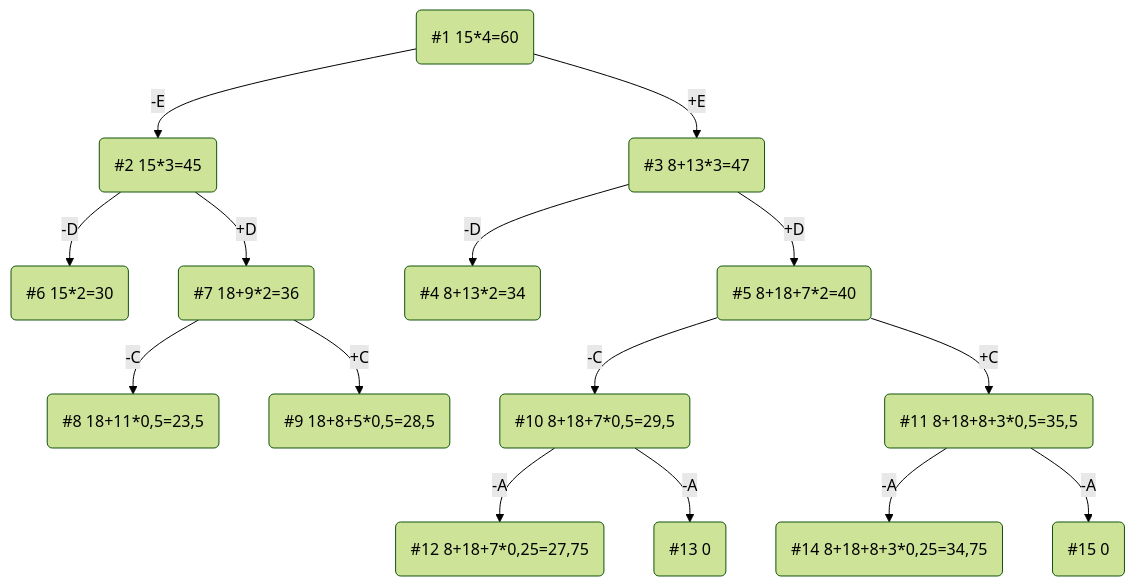
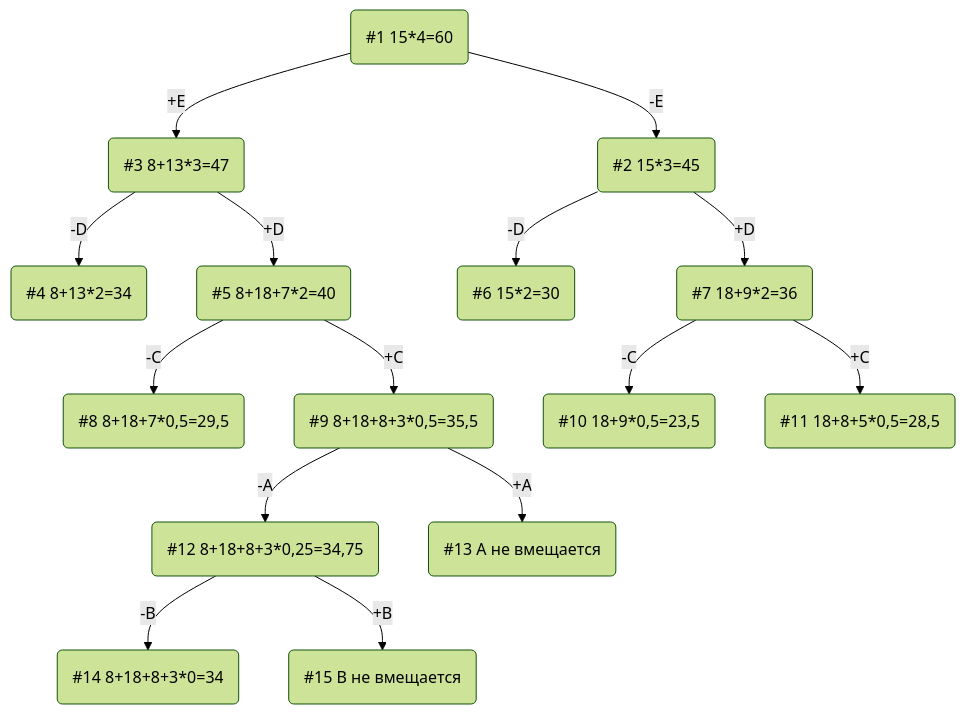
The diagram in task-11/green.md (hse-algo-24-raven/manual-tasks-raven), drawn with Mermaid (forest theme) before and after one commit.

Commit message:
green-task-11-changed

````diff
--- a/task-11/green.md
+++ b/task-11/green.md
@@ -42,17 +42,19 @@
 ```mermaid
 graph TB
     1(#1 15*4=60)-->|-E|2(#2 15*3=45)
     1-->|+E|3(#3 8+13*3=47)
     3-->|-D|4(#4 8+13*2=34)
     3-->|+D|5(#5 8+18+7*2=40)
-    5-->|-C|10(#10 8+18+7*0,5=29,5)
-    5-->|+C|11(#11 8+18+8+3*0,5=35,5)
+    5-->|-C|8(#8 8+18+7*0,5=29,5)
+    5-->|+C|9(#9 8+18+8+3*0,5=35,5)
     2-->|-D|6(#6 15*2=30)
     2-->|+D|7(#7 18+9*2=36)
-    7-->|-C|8(#8 18+11*0,5=23,5)
-    7-->|+C|9(#9 18+8+5*0,5=28,5)
-    10-->|-A|12(#12 8+18+7*0,25=27,75)
-    10-->|-A|13(#13 0)
-    11-->|-A|14(#14 8+18+8+3*0,25=34,75)
-    11-->|-A|15(#15 0)
+    7-->|-C|10(#10 18+9*0,5=23,5)
+    7-->|+C|11(#11 18+8+5*0,5=28,5)
+    9-->|-A|12(#12 8+18+8+3*0,25=34,75)
+    9-->|+A|13(#13 A не вмещается)
+    12-->|-B|14(#14 8+18+8+3*0=34)
+    12-->|+B|15(#15 B не вмещается)
+
+    
 ```
````
